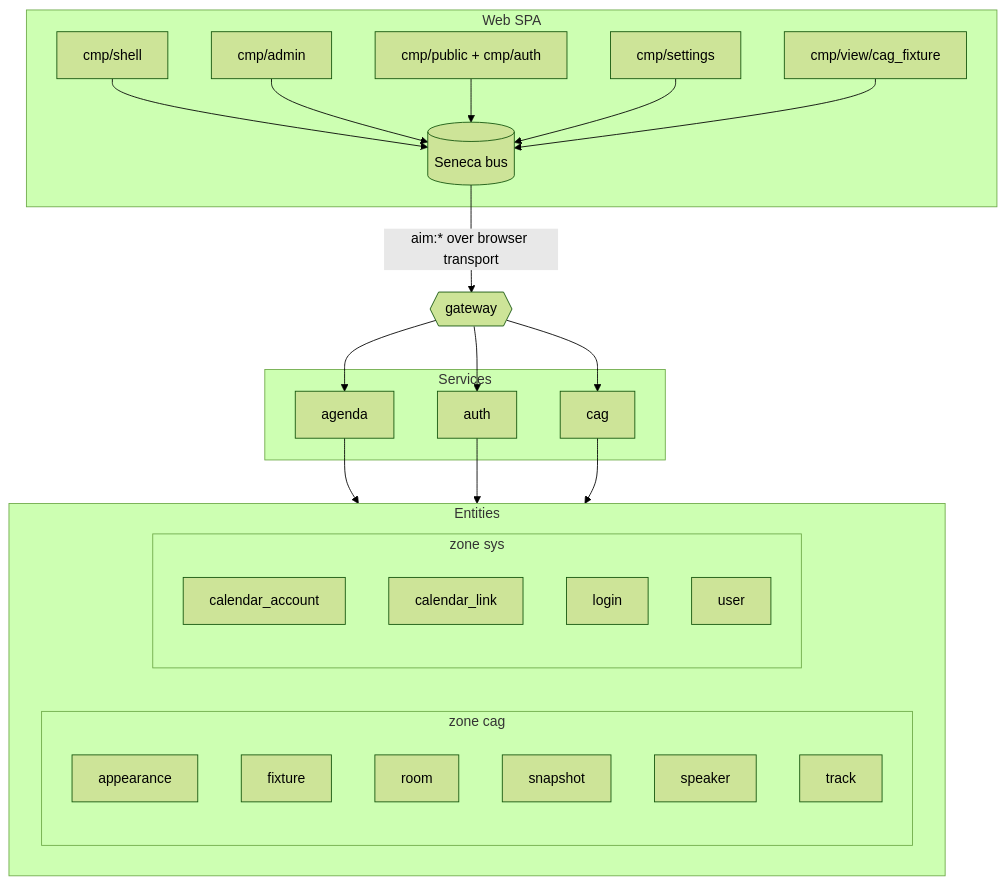
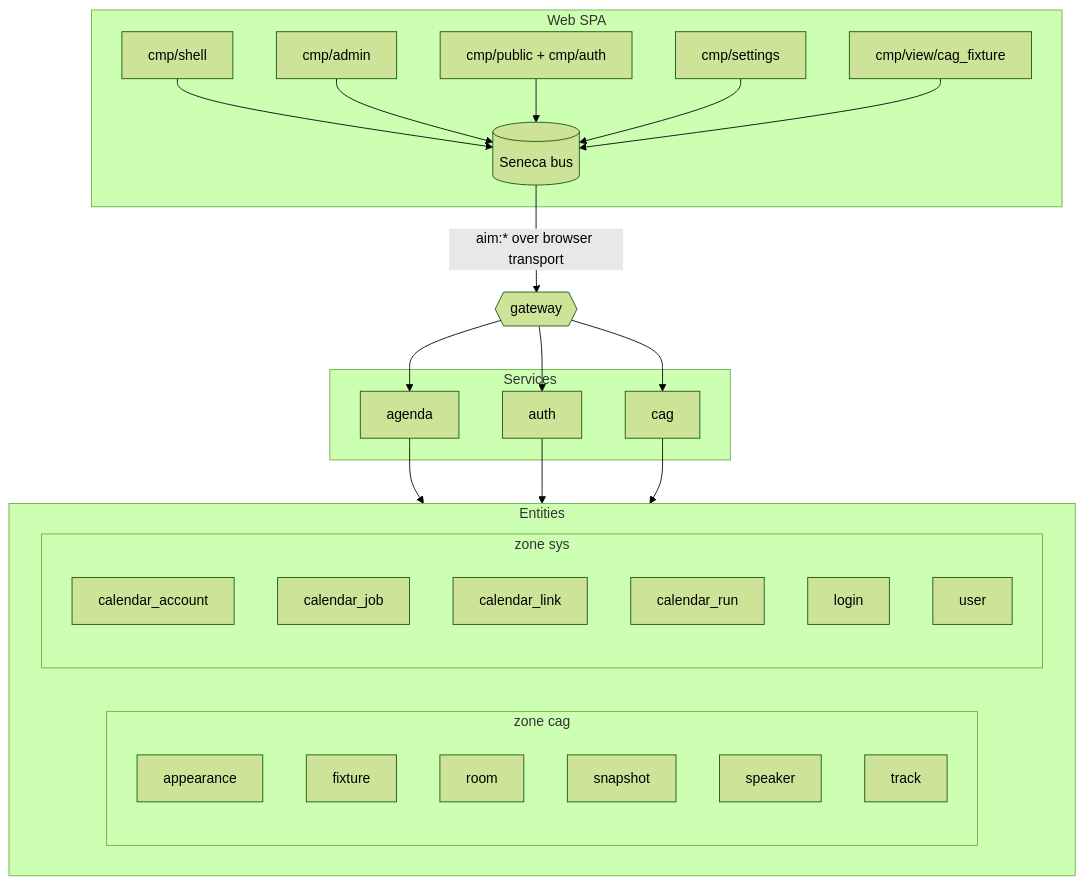
One commit to voxgig/conf-agenda changed the first of 2 diagrams in docs/reference/system-map.md. Above: the diagram before and after it, drawn with Mermaid (forest theme). The commit also changed 10 other files, not shown here.

````diff
--- a/docs/reference/system-map.md
+++ b/docs/reference/system-map.md
@@ -10,44 +10,46 @@
 ```mermaid
 flowchart TB
   subgraph spa[Web SPA]
     shell[cmp/shell]
     admin[cmp/admin]
     publiccmp[cmp/public + cmp/auth]
     settings[cmp/settings]
     view_cag_fixture[cmp/view/cag_fixture]
     bus[(Seneca bus)]
     shell --> bus
     admin --> bus
     publiccmp --> bus
     settings --> bus
     view_cag_fixture --> bus
   end
   bus -->|aim:* over browser transport| gateway{{gateway}}
   subgraph services[Services]
     srv_agenda[agenda]
     srv_auth[auth]
     srv_cag[cag]
   end
   gateway --> srv_agenda
   gateway --> srv_auth
   gateway --> srv_cag
   subgraph data[Entities]
     subgraph zone_cag[zone cag]
       cag_appearance[appearance]
       cag_fixture[fixture]
       cag_room[room]
       cag_snapshot[snapshot]
       cag_speaker[speaker]
       cag_track[track]
     end
     subgraph zone_sys[zone sys]
       sys_calendar_account[calendar_account]
+      sys_calendar_job[calendar_job]
       sys_calendar_link[calendar_link]
+      sys_calendar_run[calendar_run]
       sys_login[login]
       sys_user[user]
     end
   end
   srv_agenda --> data
   srv_auth --> data
   srv_cag --> data
 ```
````
